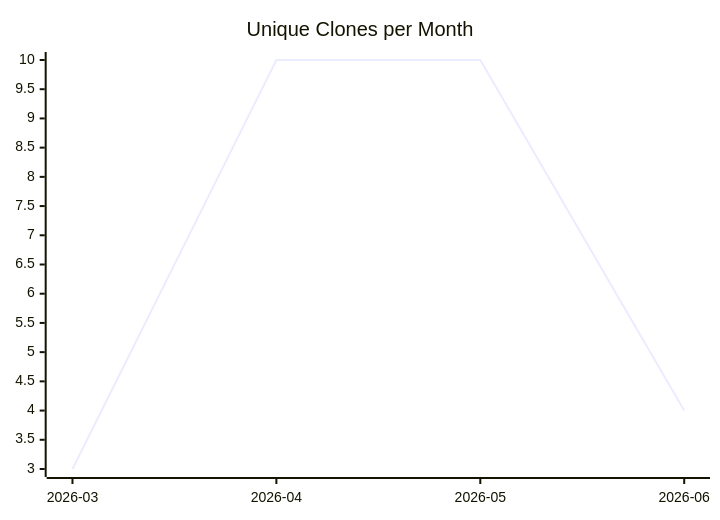
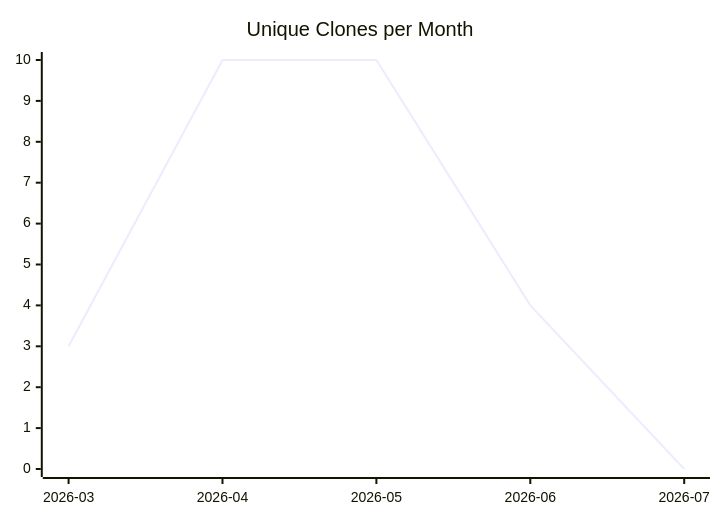
Before and after one commit to justdavis-family/github-analytics-data: the third of 3 diagrams in karlmdavis/stockfighter-trades-solutions/README.md, drawn with Mermaid. The commit also changed other lines of this file and 199 other files, not shown here.

````diff
--- a/karlmdavis/stockfighter-trades-solutions/README.md
+++ b/karlmdavis/stockfighter-trades-solutions/README.md
@@ -19,6 +19,6 @@
 ```mermaid
 xychart-beta
   title "Unique Clones per Month"
-  x-axis ["2026-03", "2026-04", "2026-05", "2026-06"]
-  line [3, 10, 10, 4]
+  x-axis ["2026-03", "2026-04", "2026-05", "2026-06", "2026-07"]
+  line [3, 10, 10, 4, 0]
 ```
````
